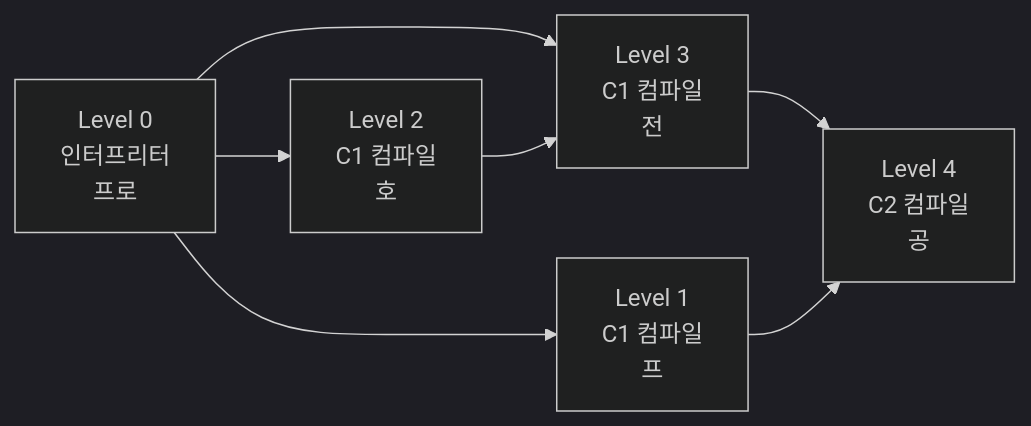
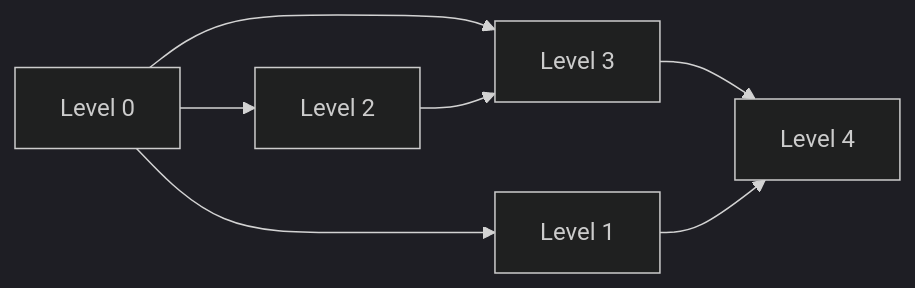
The second of 2 diagrams in _posts/java/2026-05-02-java-jit-compiler.md (yjkim2015/yjkim2015.github.io), drawn with Mermaid (dark theme) before and after one commit. The commit also changed 217 other files, not shown here.

First line of the commit message:
Mermaid 크기 수정: useMaxWidth:true + SVG max-width:100% + 라벨 축소

````diff
--- a/_posts/java/2026-05-02-java-jit-compiler.md
+++ b/_posts/java/2026-05-02-java-jit-compiler.md
@@ -265,10 +265,10 @@
 ```mermaid
 flowchart LR
-    L0["Level 0\n인터프리터\n프로"]
-    --> L1["Level 1\nC1 컴파일\n프"]
-    L0 --> L2["Level 2\nC1 컴파일\n호"]
-    L0 --> L3["Level 3\nC1 컴파일\n전"]
-    L3 --> L4["Level 4\nC2 컴파일\n공"]
+    L0["Level 0"]
+    --> L1["Level 1"]
+    L0 --> L2["Level 2"]
+    L0 --> L3["Level 3"]
+    L3 --> L4["Level 4"]
     L2 --> L3
     L1 --> L4
 ```
````
